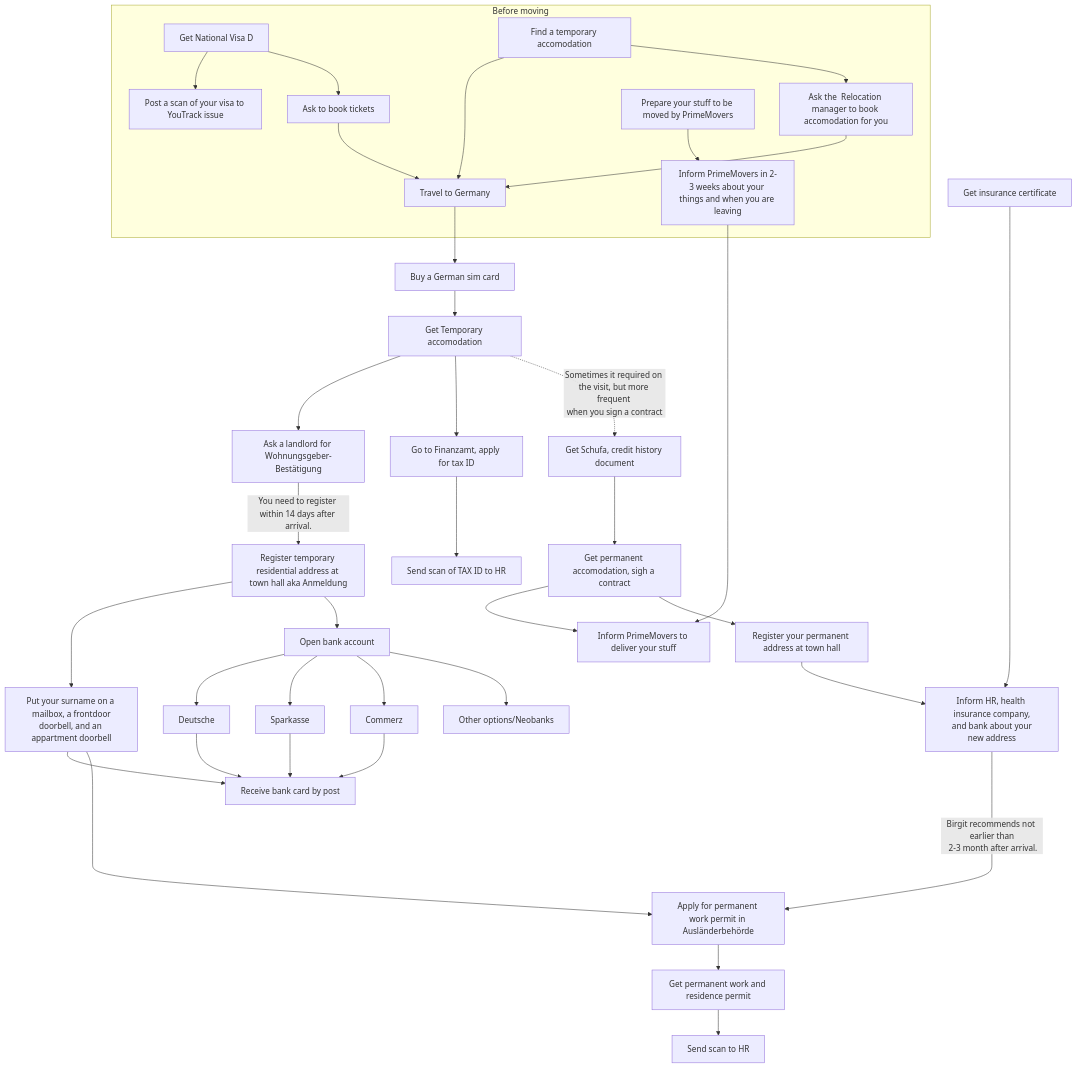
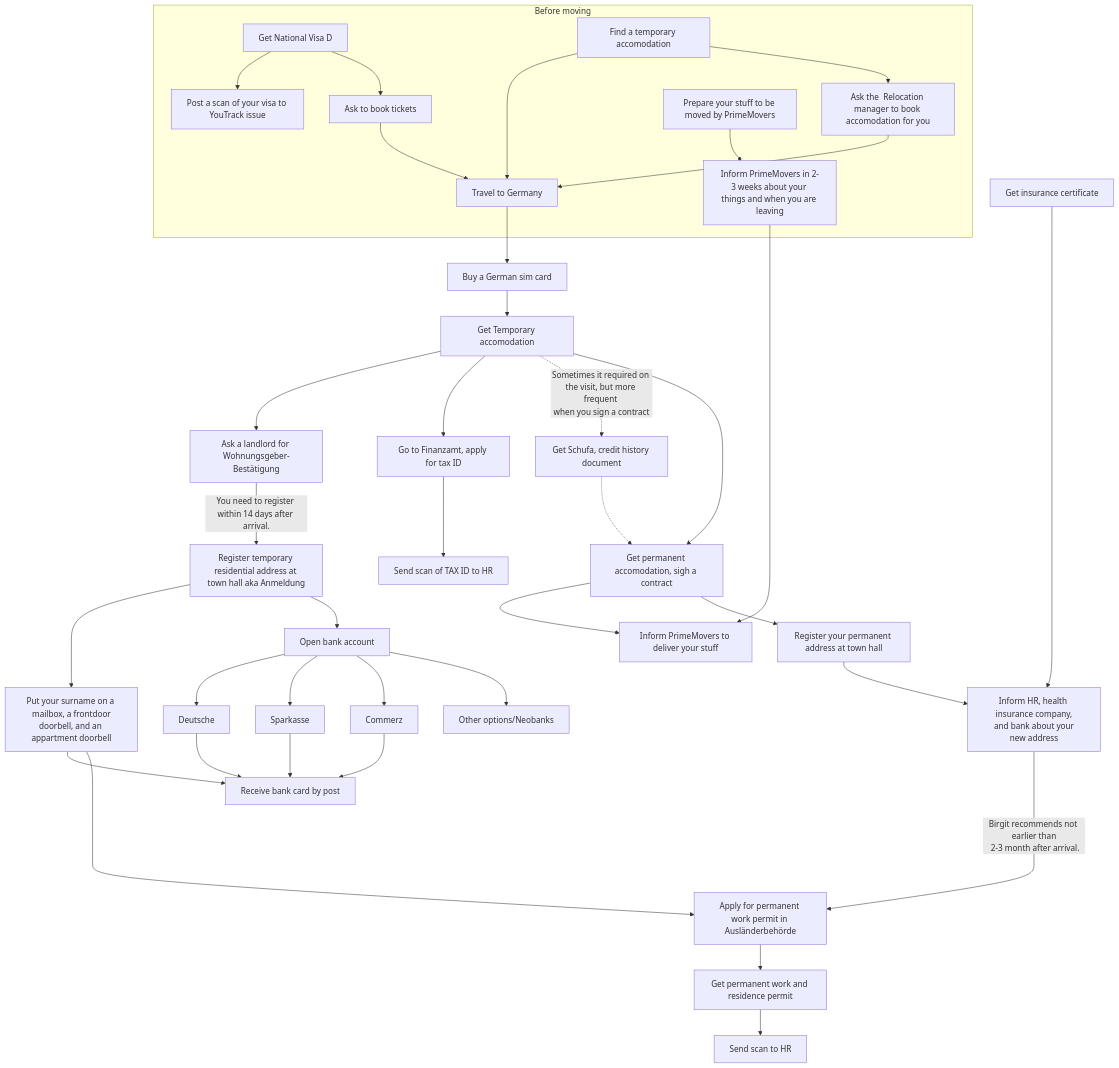
One commit to lananovikova10/howtoberlin changed the diagram in sequence-of-steps.md. Above: the diagram before and after it, drawn with Mermaid.

Commit message:
make schufa optional

````diff
--- a/sequence-of-steps.md
+++ b/sequence-of-steps.md
@@ -3,38 +3,39 @@
 ```mermaid
 graph TB
     subgraph Before moving
         VISA --> P[Post a scan of your visa to YouTrack issue]
         VISA[Get National Visa D] --> BUY[Ask to book tickets]
         BUY --> TR[Travel to Germany]
         TEMP[Find a temporary accomodation] --> TR
         TEMP --> BOOK[Ask the  Relocation manager to book accomodation for you]
         ST[Prepare your stuff to be moved by PrimeMovers]
 
         ST --> CAL[Inform PrimeMovers in 2-3 weeks about your things and when you are leaving]
     end
     BOOK --> TR
     TR --> SIM[Buy a German sim card]
     SIM --> ACC[Get Temporary accomodation]
     ACC --> WOH[Ask a landlord for Wohnungsgeber-Bestätigung]
     INS[Get insurance certificate] -------> INF
     WOH --> |You need to register within 14 days after arrival.| REG[Register temporary residential address at town hall aka Anmeldung]
     ACC --> TAX[Go to Finanzamt, apply for tax ID]
     REG --> MAIL[Put your surname on a mailbox, a frontdoor</br>doorbell, and an appartment doorbell]
     REG --> BANK[Open bank account]
     BANK --> D[Deutsche]
     BANK --> E[Sparkasse]
     BANK --> F[Commerz]
     BANK --> V[Other options/Neobanks]
     D & E & F --> CARD[Receive bank card by post]
     MAIL --> CARD
     TAX --> HR1[Send scan of TAX ID to HR]
     ACC -.-> |Sometimes it required on the visit, but more frequent <br/>when you sign a contract|SCH[Get Schufa, credit history document]
-    SCH --> PERM[Get permanent accomodation, sigh a contract]
+    SCH -.-> PERM[Get permanent accomodation, sigh a contract]
+    ACC --> PERM
     PERM & CAL --> I[Inform PrimeMovers to deliver your stuff]
     PERM --> REG2[Register your permanent address at town hall]
     REG2 --> INF[Inform HR, health insurance company,<br/> and bank about your new address]
     INF ----> |Birgit recommends not earlier than<br/> 2-3 month after arrival.| AMEL[Apply for permanent work permit in Ausländerbehörde]
     AMEL --> PMZH[Get permanent work and residence permit]
     PMZH --> HR2[Send scan to HR]
     MAIL ----> AMEL
 ```
````
